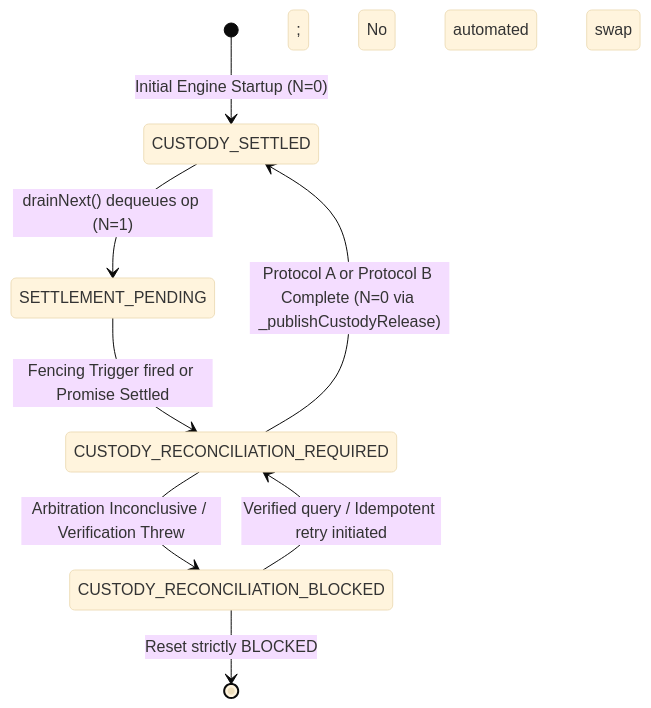
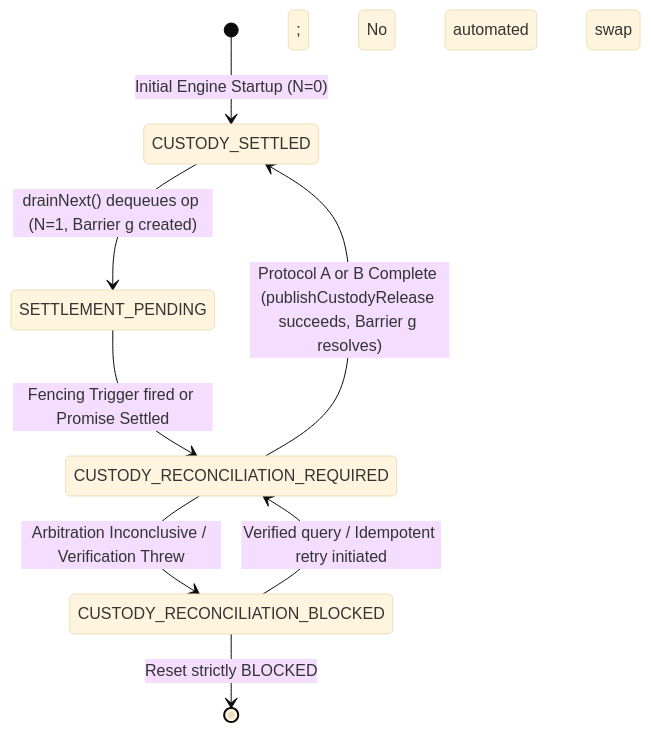
The diagram in docs/PHASE7_5_M5_0_R18_CONCURRENT_RECOVERY_ARBITRATION_DECISION.md (Tejdeepakchandra/SyncPlay_Protocol), drawn with Mermaid (base theme) before and after one commit. The commit also changed other lines of this file, not shown here.

Commit message:
docs(phase-7.5-m5.0): r18-r8 stale custody-release fencing, barrier lifecycle and bounded tombstone backpressure

````diff
--- a/docs/PHASE7_5_M5_0_R18_CONCURRENT_RECOVERY_ARBITRATION_DECISION.md
+++ b/docs/PHASE7_5_M5_0_R18_CONCURRENT_RECOVERY_ARBITRATION_DECISION.md
@@ -474,14 +540,14 @@
 ```mermaid
 stateDiagram-v2
     [*] --> CUSTODY_SETTLED: Initial Engine Startup (N=0)
 
-    CUSTODY_SETTLED --> SETTLEMENT_PENDING: drainNext() dequeues op (N=1)
+    CUSTODY_SETTLED --> SETTLEMENT_PENDING: drainNext() dequeues op (N=1, Barrier g created)
 
     SETTLEMENT_PENDING --> CUSTODY_RECONCILIATION_REQUIRED: Fencing Trigger fired or Promise Settled
 
-    CUSTODY_RECONCILIATION_REQUIRED --> CUSTODY_SETTLED: Protocol A or Protocol B Complete (N=0 via _publishCustodyRelease)
+    CUSTODY_RECONCILIATION_REQUIRED --> CUSTODY_SETTLED: Protocol A or B Complete (publishCustodyRelease succeeds, Barrier g resolves)
     CUSTODY_RECONCILIATION_REQUIRED --> CUSTODY_RECONCILIATION_BLOCKED: Arbitration Inconclusive / Verification Threw
 
     CUSTODY_RECONCILIATION_BLOCKED --> CUSTODY_RECONCILIATION_REQUIRED: Verified query / Idempotent retry initiated
     CUSTODY_RECONCILIATION_BLOCKED --> [*]: Reset strictly BLOCKED; No automated root swap
 ```
````
